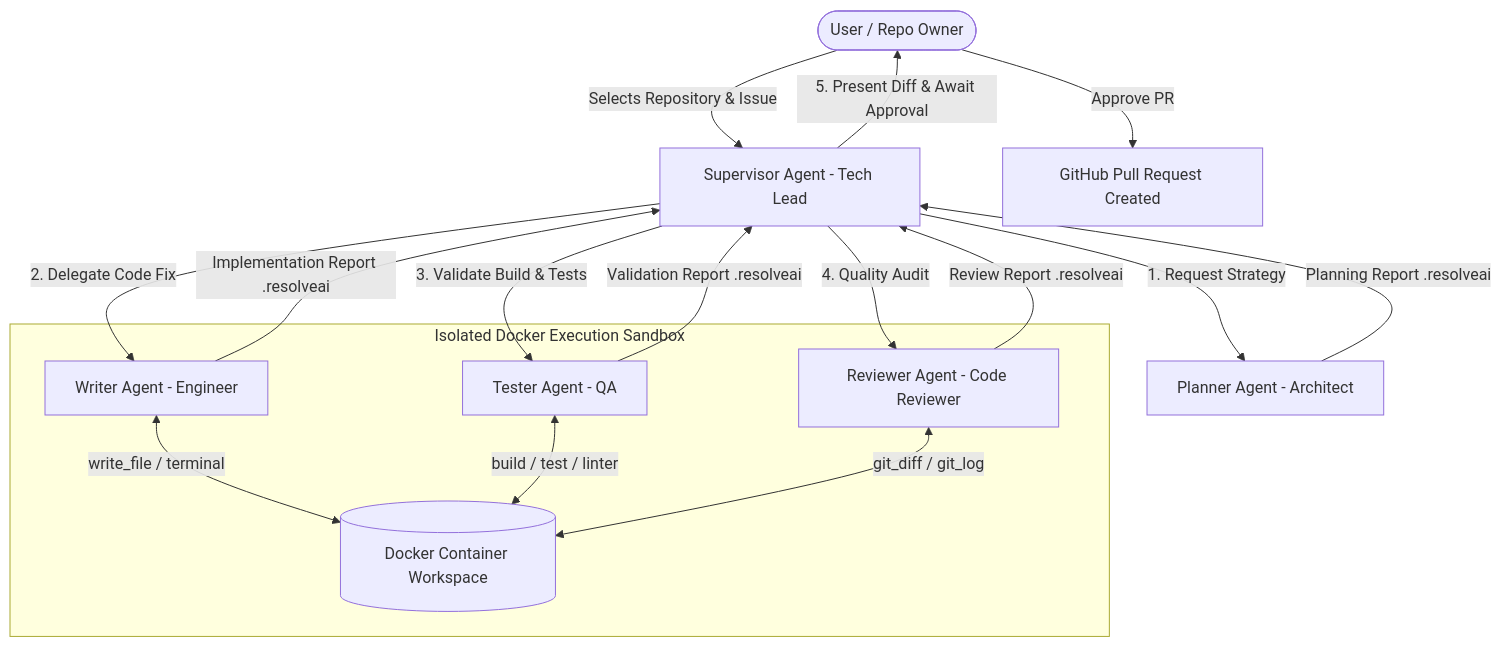
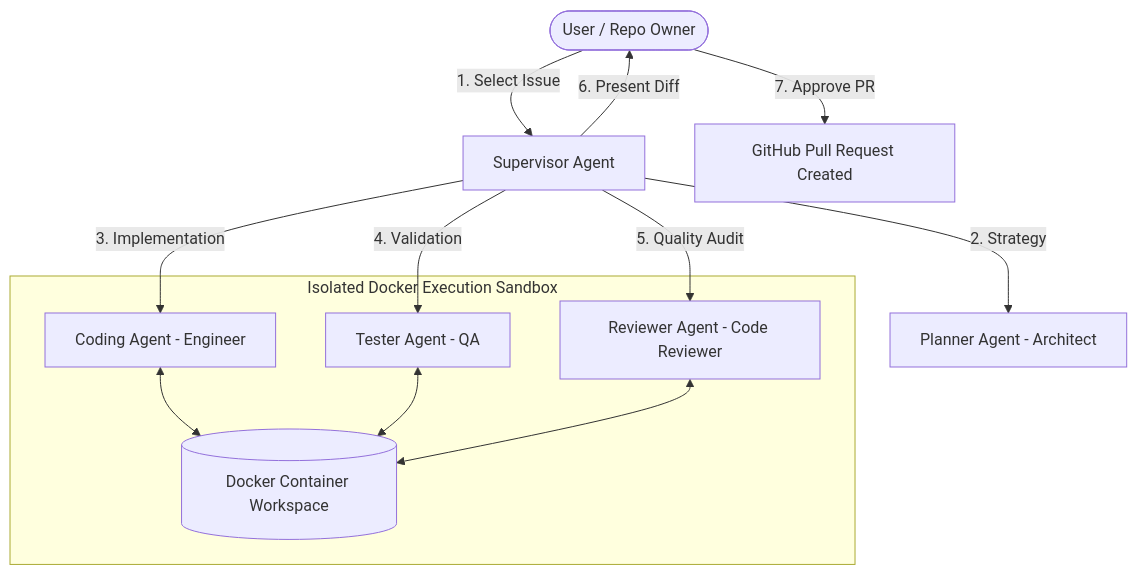
One commit to Lakshya-23/ResolveAi changed the diagram in README.md. Above: the diagram before and after it, drawn with Mermaid. The commit also changed other lines of this file, not shown here.

````diff
--- a/README.md
+++ b/README.md
@@ -51,20 +57,16 @@
 ```mermaid
-graph TD
-    User([User / Repo Owner]) -->|Selects Repository & Issue| Supervisor[Supervisor Agent - Tech Lead]
-    Supervisor -->|1. Request Strategy| Planner[Planner Agent - Architect]
-    Planner -->|Planning Report .resolveai| Supervisor
-    Supervisor -->|2. Delegate Code Fix| Writer[Writer Agent - Engineer]
-    Writer -->|Implementation Report .resolveai| Supervisor
-    Supervisor -->|3. Validate Build & Tests| Tester[Tester Agent - QA]
-    Tester -->|Validation Report .resolveai| Supervisor
-    Supervisor -->|4. Quality Audit| Reviewer[Reviewer Agent - Code Reviewer]
-    Reviewer -->|Review Report .resolveai| Supervisor
-    Supervisor -->|5. Present Diff & Await Approval| User
-    User -->|Approve PR| GitHub[GitHub Pull Request Created]
-    
-    subgraph Isolated Docker Execution Sandbox
-        Writer <-->|write_file / terminal| DockerContainer[(Docker Container Workspace)]
-        Tester <-->|build / test / linter| DockerContainer
-        Reviewer <-->|git_diff / git_log| DockerContainer
+flowchart TD
+    User([User / Repo Owner]) -->|1. Select Issue| Supervisor[Supervisor Agent]
+    Supervisor -->|2. Strategy| Planner[Planner Agent - Architect]
+    Supervisor -->|3. Implementation| Writer[Coding Agent - Engineer]
+    Supervisor -->|4. Validation| Tester[Tester Agent - QA]
+    Supervisor -->|5. Quality Audit| Reviewer[Reviewer Agent - Code Reviewer]
+    Supervisor -->|6. Present Diff| User
+    User -->|7. Approve PR| GitHub[GitHub Pull Request Created]
+
+    subgraph Sandbox [Isolated Docker Execution Sandbox]
+        Writer <--> DockerContainer[(Docker Container Workspace)]
+        Tester <--> DockerContainer
+        Reviewer <--> DockerContainer
     end
 ```
````
